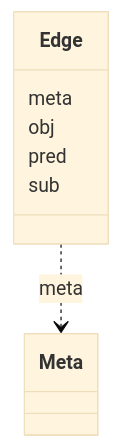
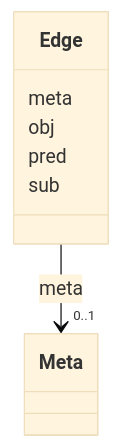
One commit to INCATools/ontology-access-kit changed the diagram in docs/datamodels/obograph/Edge.md. Above: the diagram before and after it, drawn with Mermaid (base theme). The commit also changed other lines of this file and 23 other files, not shown here.

````diff
--- a/docs/datamodels/obograph/Edge.md
+++ b/docs/datamodels/obograph/Edge.md
@@ -11,15 +19,21 @@
-```{mermaid}
+```mermaid
  classDiagram
     class Edge
+    click Edge href "../Edge"
       Edge : meta
         
-          Edge ..> Meta : meta
+          
+    
+    
+    Edge --> "0..1" Meta : meta
+    click Meta href "../Meta"
+
         
       Edge : obj
         
       Edge : pred
         
       Edge : sub
         
       
 ```
````
